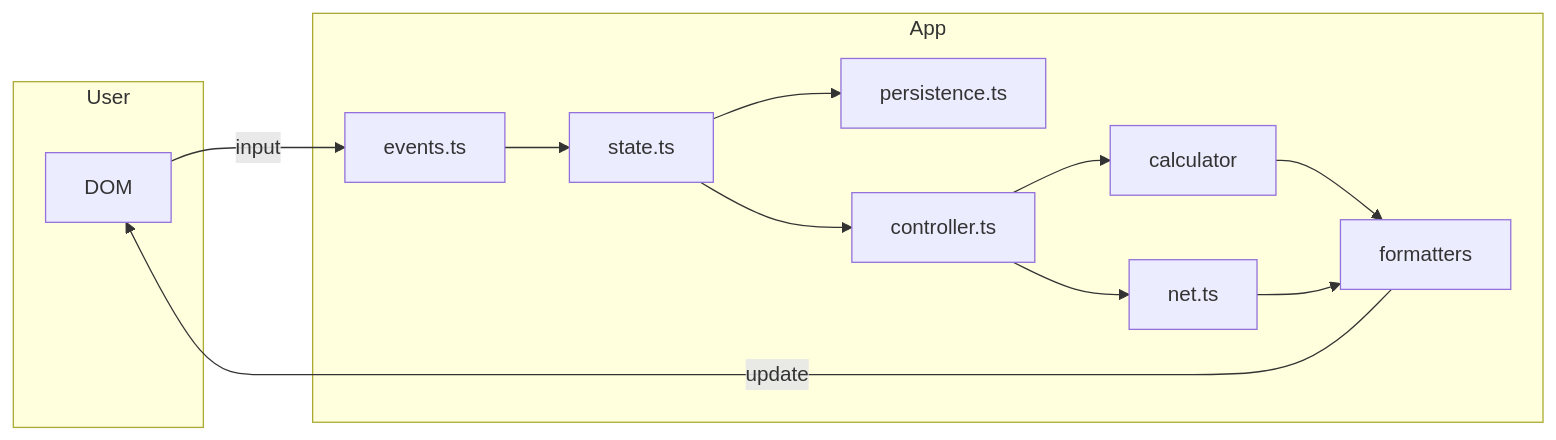
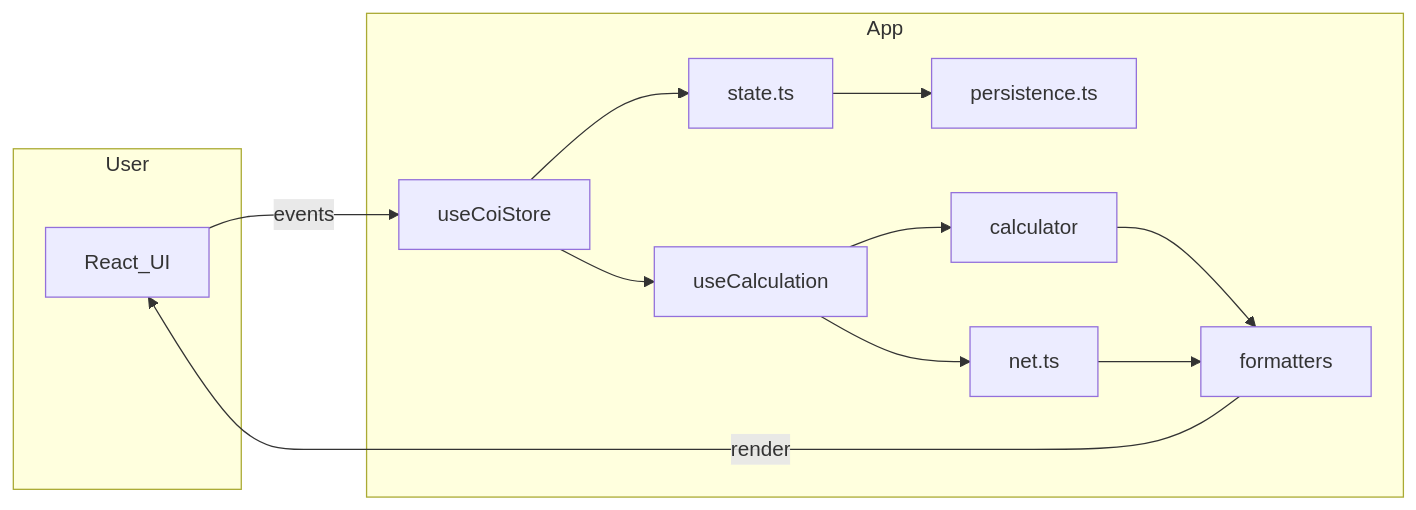
The diagram in docs/technical.md (ben-shepherd/captain-of-industry-calculator), drawn with Mermaid before and after one commit. The commit also changed other lines of this file and 8 other files, not shown here.

````diff
--- a/docs/technical.md
+++ b/docs/technical.md
@@ -9,24 +9,24 @@
 ```mermaid
 flowchart LR
   subgraph user [User]
-    UI[DOM]
+    UI[React_UI]
   end
   subgraph app [App]
-    Events[events.ts]
+    Store[useCoiStore]
+    CalcHook[useCalculation]
     State[state.ts]
     Persist[persistence.ts]
-    Controller[controller.ts]
     Calc[calculator]
     Net[net.ts]
     Fmt[formatters]
   end
-  UI -->|"input"| Events
-  Events --> State
+  UI -->|"events"| Store
+  Store --> State
   State --> Persist
-  State --> Controller
-  Controller --> Calc
-  Controller --> Net
+  Store --> CalcHook
+  CalcHook --> Calc
+  CalcHook --> Net
   Calc --> Fmt
   Net --> Fmt
-  Fmt -->|"update"| UI
+  Fmt -->|"render"| UI
 ```
````
